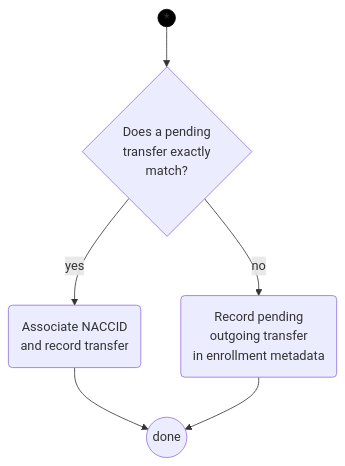
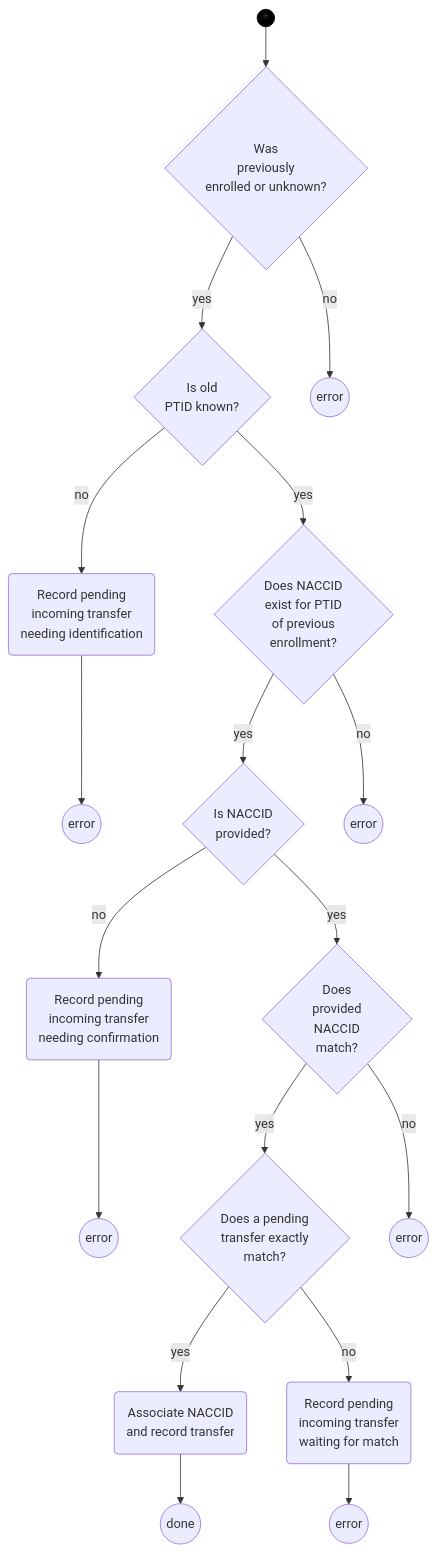
One commit to naccdata/nacc-flywheel changed the fourth of 5 diagrams in docs/identifier_provisioning/index.md. Above: the diagram before and after it, drawn with Mermaid. The commit also changed other lines of this file, not shown here.

````diff
--- a/docs/identifier_provisioning/index.md
+++ b/docs/identifier_provisioning/index.md
@@ -89,7 +78,18 @@
 ```mermaid
 graph TB
-    start((*)) --> matchpendingtransfer{Does a pending\n transfer exactly\n match?}
+    start((*)) --> prevenrolled{Was\n previously\n enrolled or unknown?}
+    prevenrolled -- yes --> oldptidknown{Is old\n PTID known?}
+    prevenrolled -- no --> whattransfer((error))
+    oldptidknown -- yes --> naccidforoldptid{Does NACCID\n exist for PTID\n of previous\n enrollment?}
+    oldptidknown -- no --> identifytransfer(Record pending\n incoming transfer\n needing identification) --> identifyerror((error))
+    naccidforoldptid -- yes --> naccidprovided{Is NACCID\n provided?}
+    naccidforoldptid -- no --> nonaccid((error))
+    naccidprovided -- yes --> existingnaccid{Does\n provided\n NACCID\n match?}
+    naccidprovided -- no --> recordpending1(Record pending\n incoming transfer\n needing confirmation) --> pendingerror2((error))
+
+    existingnaccid -- yes --> matchpendingtransfer{Does a pending\n transfer exactly\n match?}
+    existingnaccid -- no --> mismatch((error))
     matchpendingtransfer -- yes --> recordtransfer(Associate NACCID\n and record transfer) --> stop((done))
-    matchpendingtransfer -- no --> logtransfer(Record pending\n outgoing transfer\n in enrollment metadata) --> stop((done))
+    matchpendingtransfer -- no --> recordpending(Record pending\n incoming transfer\n waiting for match) --> pendingerror((error))
 style start fill:#000, stroke:#000
 ```
````
